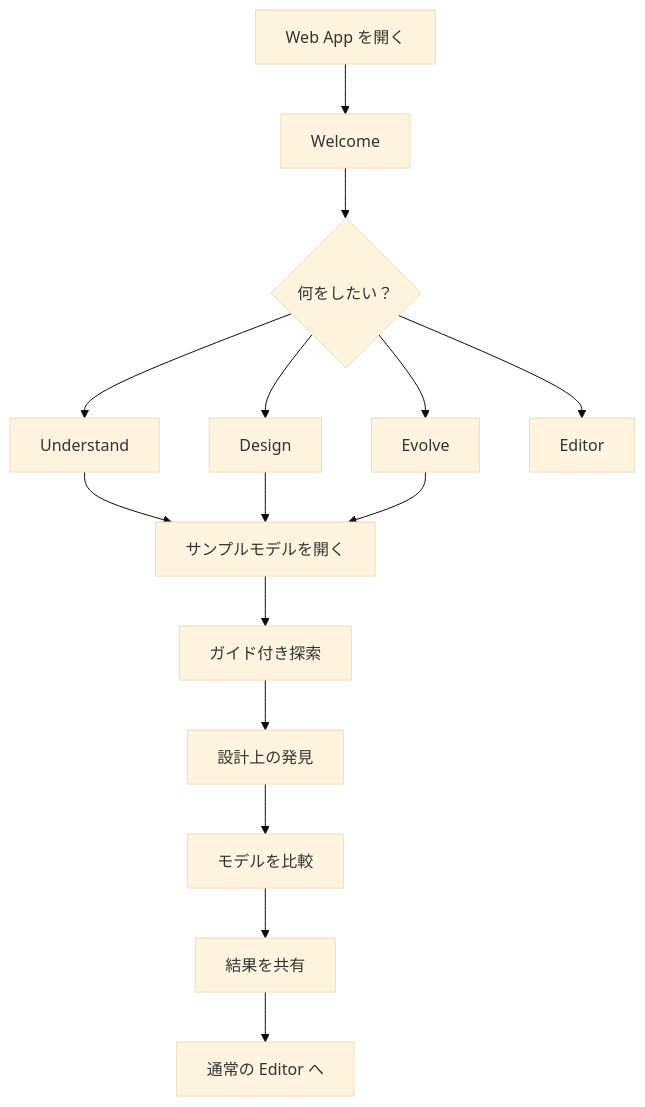
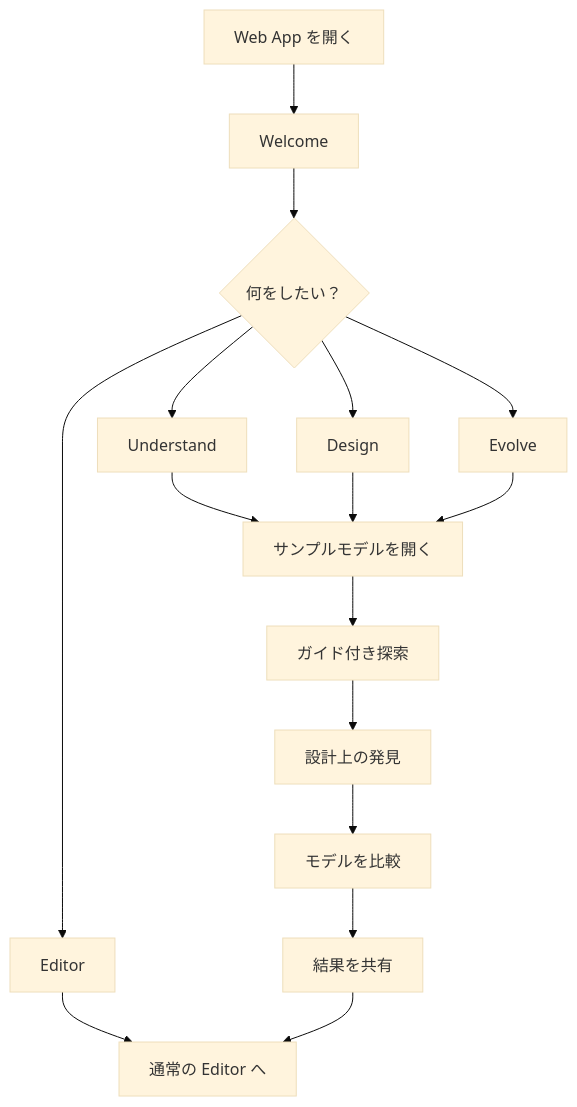
The diagram in docs/prd/first-run-experience.md (kompiro/karasu), drawn with Mermaid (base theme) before and after one commit. The commit also changed other lines of this file, not shown here.

````diff
--- a/docs/prd/first-run-experience.md
+++ b/docs/prd/first-run-experience.md
@@ -79,17 +79,18 @@
 ```mermaid
 flowchart TD
     A[Web App を開く] --> B[Welcome]
     B --> C{何をしたい？}
     C --> D[Understand]
     C --> E[Design]
     C --> F[Evolve]
     C --> G[Editor]
+    G --> M
     D --> H[サンプルモデルを開く]
     E --> H
     F --> H
     H --> I[ガイド付き探索]
     I --> J[設計上の発見]
     J --> K[モデルを比較]
     K --> L[結果を共有]
     L --> M[通常の Editor へ]
 ```
````
